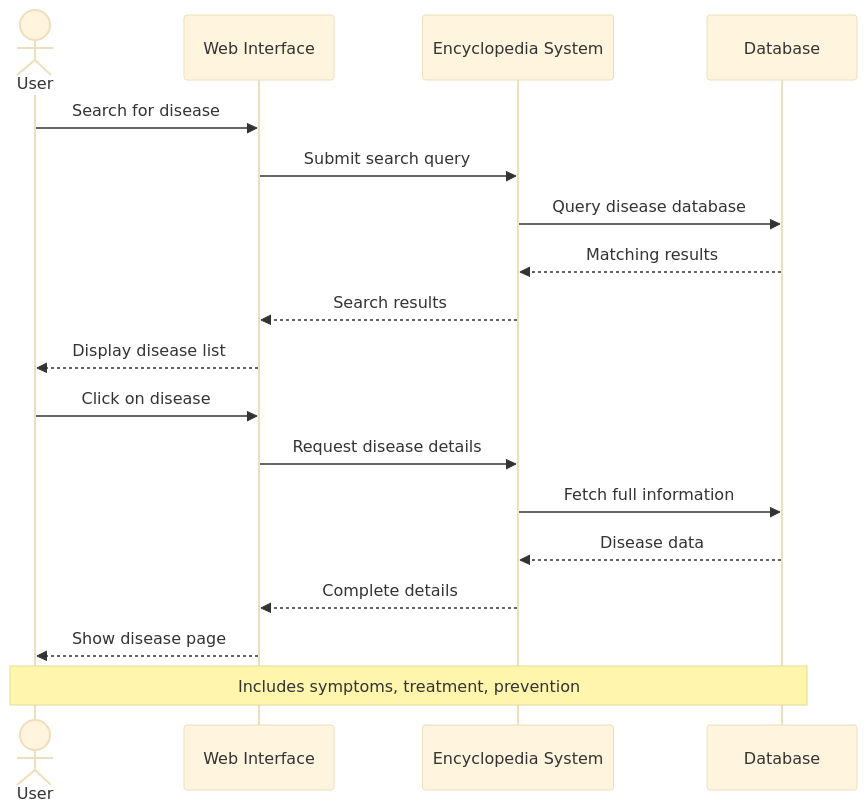
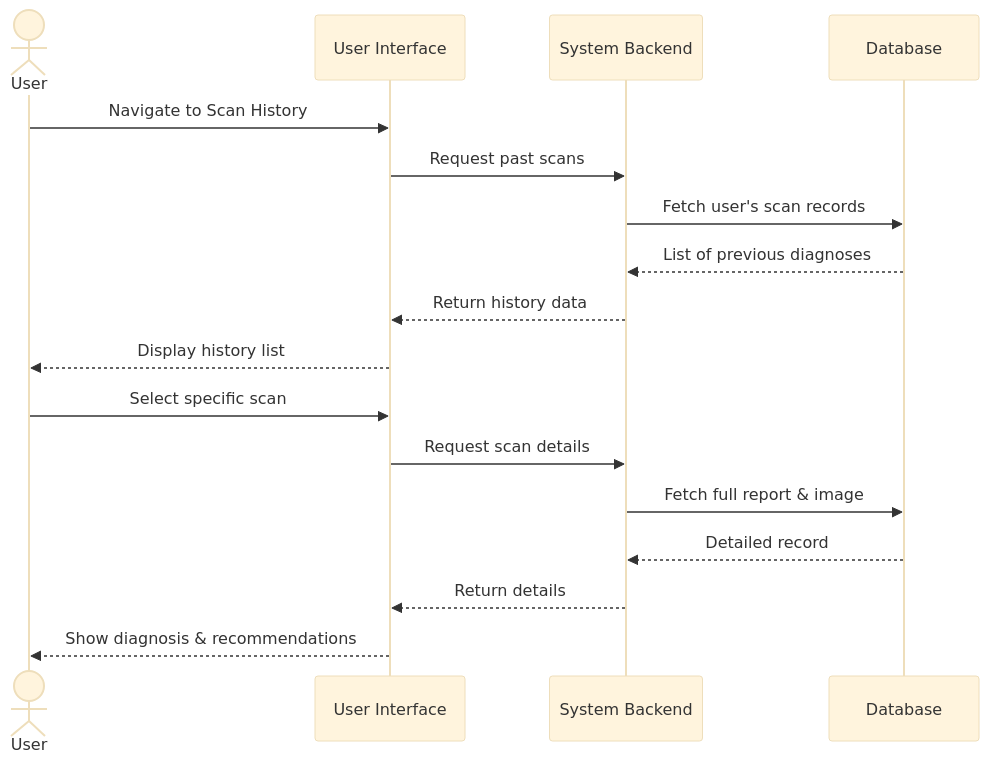
One commit to abdullah2323442/practice changed diagram 11 of 15 in system documentation.md. Above: the diagram before and after it, drawn with Mermaid (base theme). The commit also changed other lines of this file, not shown here.

First line of the commit message:
Revise system documentation for clarity and accuracy

````diff
--- a/system documentation.md
+++ b/system documentation.md
@@ -548,23 +555,21 @@
 ```mermaid
 sequenceDiagram
     actor User
-    participant Web as Web Interface
-    participant Encyclopedia as Encyclopedia System
+    participant Web as User Interface
+    participant System as System Backend
     participant DB as Database
     
-    User->>Web: Search for disease
-    Web->>Encyclopedia: Submit search query
-    Encyclopedia->>DB: Query disease database
-    DB-->>Encyclopedia: Matching results
-    Encyclopedia-->>Web: Search results
-    Web-->>User: Display disease list
+    User->>Web: Navigate to Scan History
+    Web->>System: Request past scans
+    System->>DB: Fetch user's scan records
+    DB-->>System: List of previous diagnoses
+    System-->>Web: Return history data
+    Web-->>User: Display history list
     
-    User->>Web: Click on disease
-    Web->>Encyclopedia: Request disease details
-    Encyclopedia->>DB: Fetch full information
-    DB-->>Encyclopedia: Disease data
-    Encyclopedia-->>Web: Complete details
-    Web-->>User: Show disease page
-    
-    Note over User,DB: Includes symptoms, treatment, prevention
+    User->>Web: Select specific scan
+    Web->>System: Request scan details
+    System->>DB: Fetch full report & image
+    DB-->>System: Detailed record
+    System-->>Web: Return details
+    Web-->>User: Show diagnosis & recommendations
 ```
````
